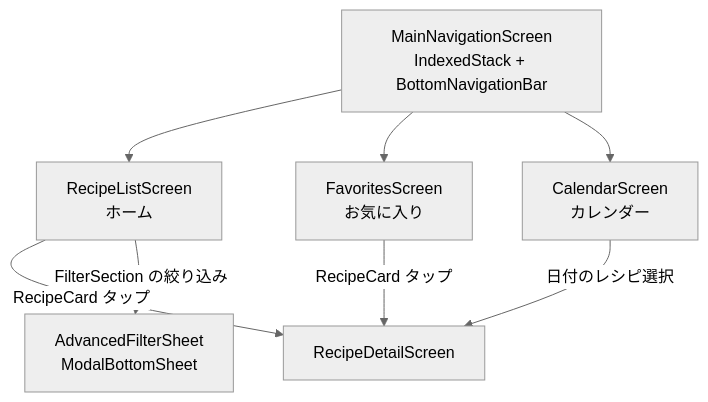
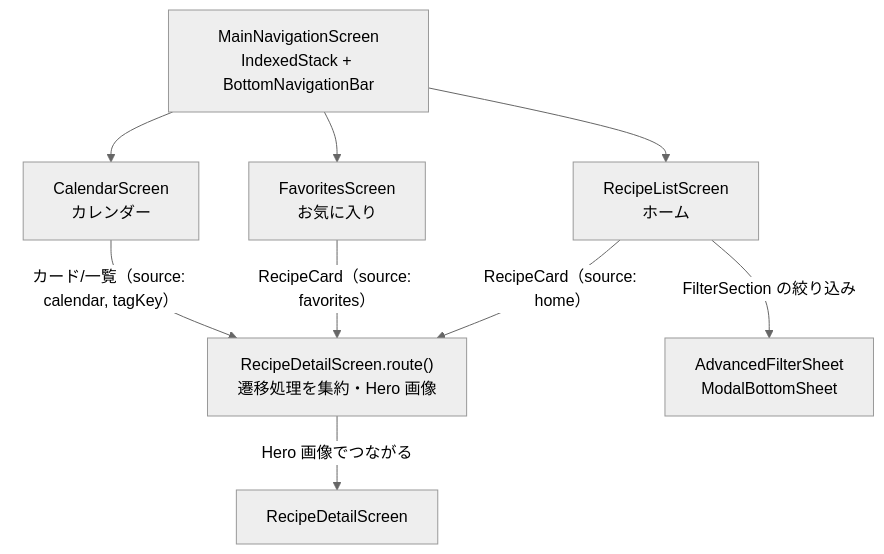
One commit to fumiyasac/recipe_search_app changed the seventh of 7 diagrams in architecture_guidance.md. Above: the diagram before and after it, drawn with Mermaid (neutral theme). The commit also changed other lines of this file and 2 other files, not shown here.

First line of the commit message:
docs: 画面遷移図に Hero と route 集約を反映、ゴールデン方針を追記（doc-sync）

````diff
--- a/architecture_guidance.md
+++ b/architecture_guidance.md
@@ -182,17 +191,19 @@
 ```mermaid
 graph TD
   Main[MainNavigationScreen<br/>IndexedStack + BottomNavigationBar]
   List[RecipeListScreen<br/>ホーム]
   Fav[FavoritesScreen<br/>お気に入り]
   Cal[CalendarScreen<br/>カレンダー]
+  Route["RecipeDetailScreen.route()<br/>遷移処理を集約・Hero 画像"]
   Detail[RecipeDetailScreen]
   Sheet[AdvancedFilterSheet<br/>ModalBottomSheet]
 
   Main --> List
   Main --> Fav
   Main --> Cal
-  List -->|RecipeCard タップ| Detail
-  Fav -->|RecipeCard タップ| Detail
-  Cal -->|日付のレシピ選択| Detail
+  List -->|"RecipeCard（source: home）"| Route
+  Fav -->|"RecipeCard（source: favorites）"| Route
+  Cal -->|"カード/一覧（source: calendar, tagKey）"| Route
+  Route -->|Hero 画像でつながる| Detail
   List -->|FilterSection の絞り込み| Sheet
 ```
````
